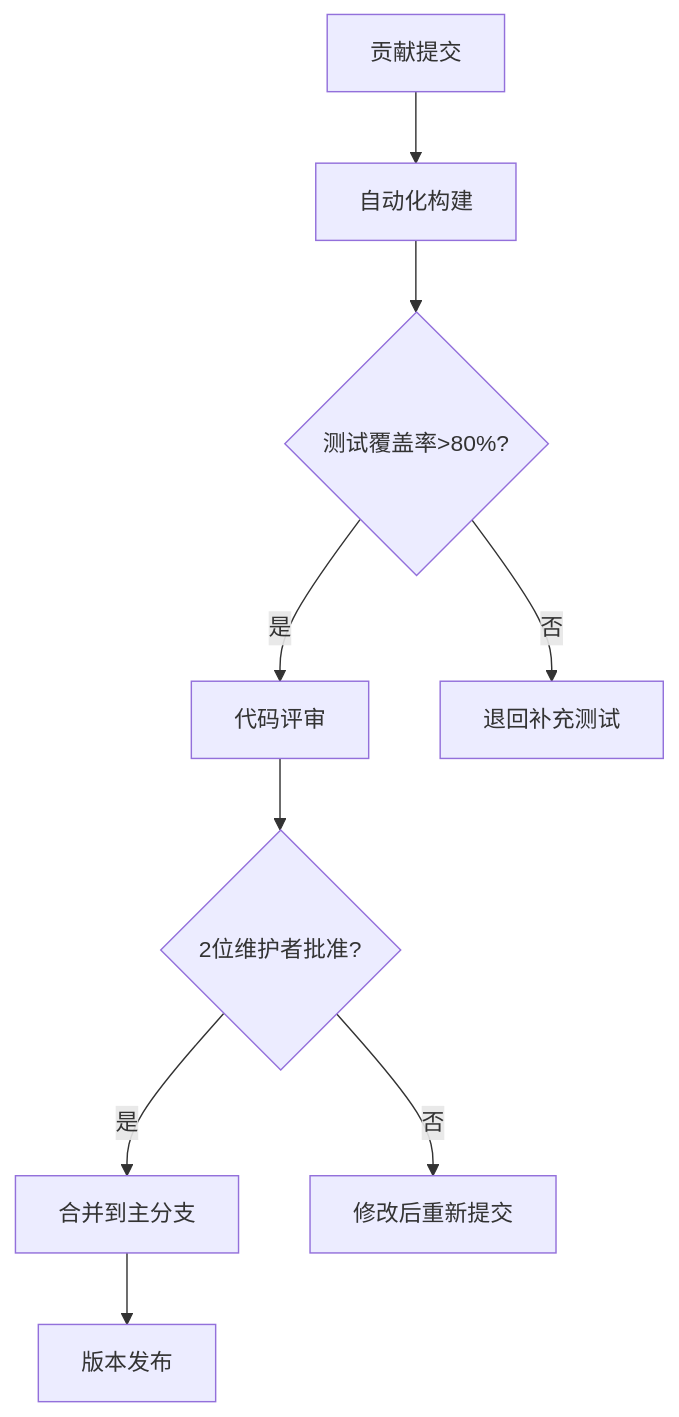
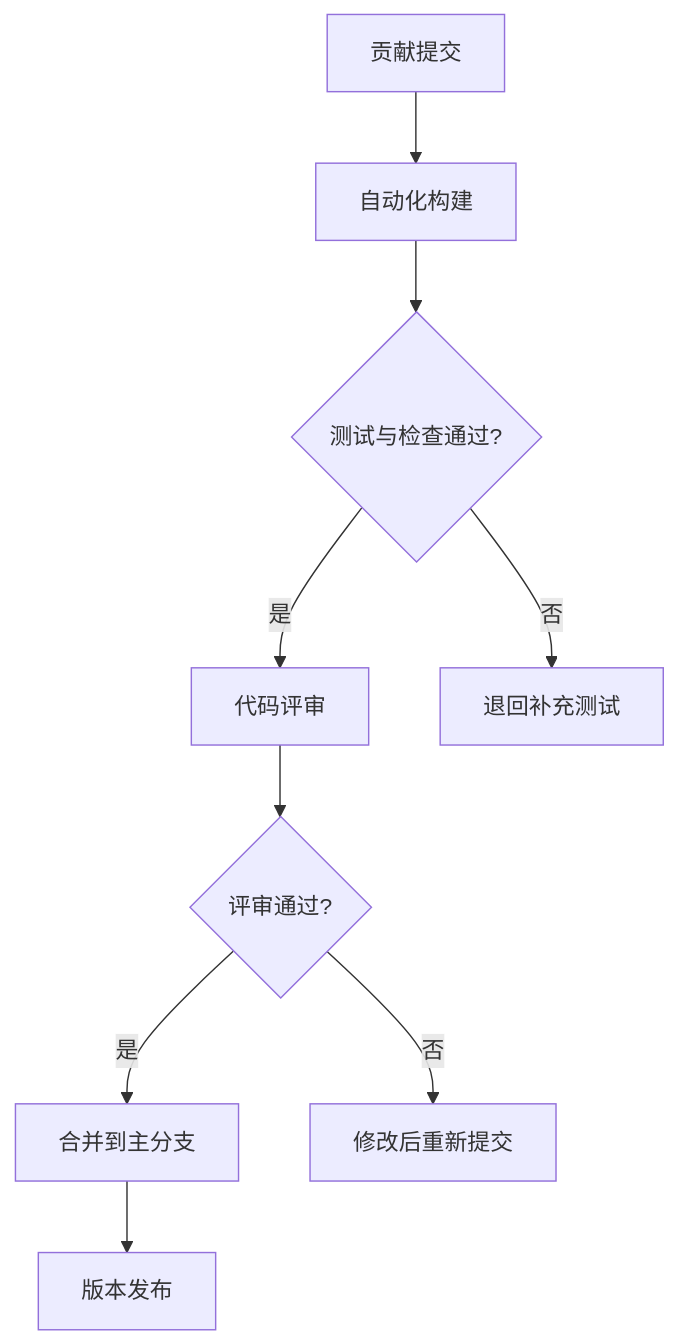
Before and after one commit to hust-open-atom-club/intro2oss: the diagram in docs/ch2/sec2/culture.md, drawn with Mermaid. The commit also changed other lines of this file and 6 other files, not shown here.

````diff
--- a/docs/ch2/sec2/culture.md
+++ b/docs/ch2/sec2/culture.md
@@ -143,11 +146,11 @@
 ```mermaid
 graph TD
     A[贡献提交] --> B[自动化构建]
-    B --> C{测试覆盖率>80%?}
+    B --> C{测试与检查通过?}
     C -->|是| D[代码评审]
     C -->|否| E[退回补充测试]
-    D --> F{2位维护者批准?}
+    D --> F{评审通过?}
     F -->|是| G[合并到主分支]
     F -->|否| H[修改后重新提交]
     G --> I[版本发布]
 ```
````
